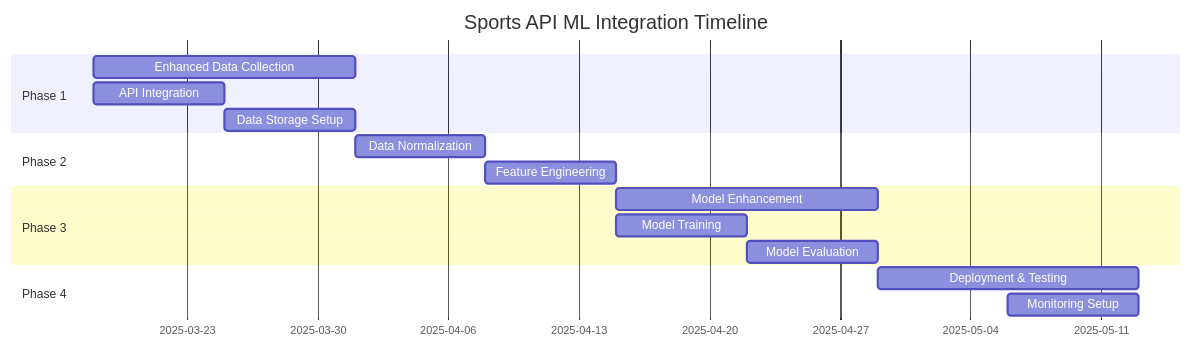
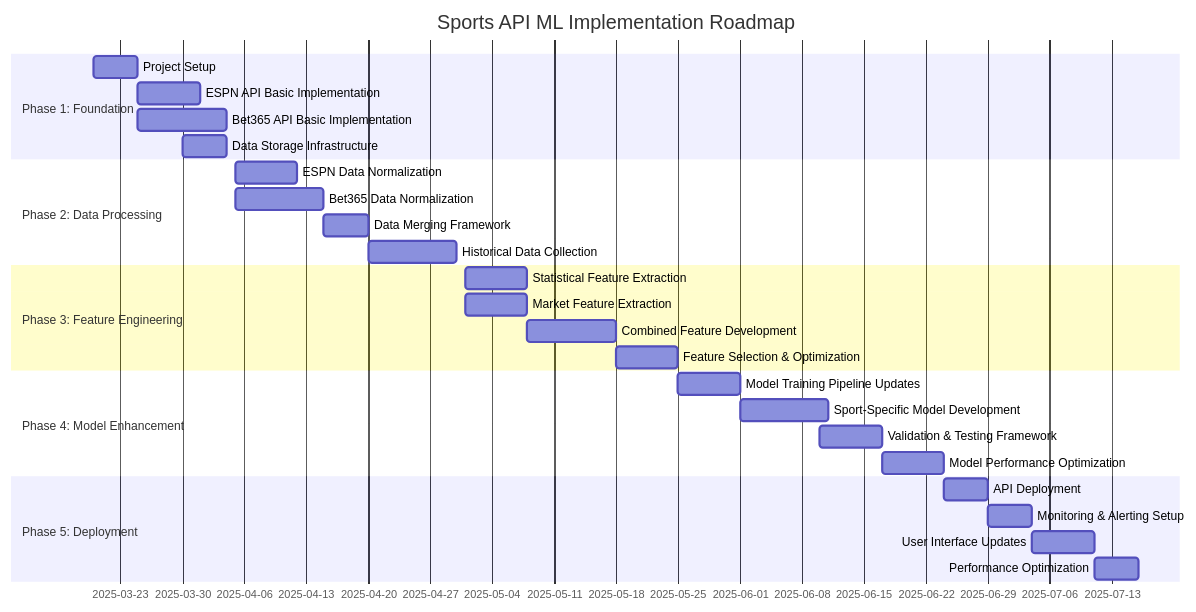
One commit to Rosewood1985/ai-sports-edge changed the first of 2 diagrams in docs/sports-api-ml-implementation-roadmap.md. Above: the diagram before and after it, drawn with Mermaid. The commit also changed other lines of this file and 15 other files, not shown here.

Commit message:
Add comprehensive documentation and update scripts for ESPN API and Bet365 API integration

````diff
--- a/docs/sports-api-ml-implementation-roadmap.md
+++ b/docs/sports-api-ml-implementation-roadmap.md
@@ -9,19 +9,30 @@
 ```mermaid
 gantt
-    title Sports API ML Integration Timeline
+    title Sports API ML Implementation Roadmap
     dateFormat  YYYY-MM-DD
-    section Phase 1
-    Enhanced Data Collection           :2025-03-18, 14d
-    API Integration                    :2025-03-18, 7d
-    Data Storage Setup                 :2025-03-25, 7d
-    section Phase 2
-    Data Normalization                 :2025-04-01, 7d
-    Feature Engineering                :2025-04-08, 7d
-    section Phase 3
-    Model Enhancement                  :2025-04-15, 14d
-    Model Training                     :2025-04-15, 7d
-    Model Evaluation                   :2025-04-22, 7d
-    section Phase 4
-    Deployment & Testing               :2025-04-29, 14d
-    Monitoring Setup                   :2025-05-06, 7d
+    section Phase 1: Foundation
+    Project Setup                      :2025-03-20, 5d
+    ESPN API Basic Implementation      :2025-03-25, 7d
+    Bet365 API Basic Implementation    :2025-03-25, 10d
+    Data Storage Infrastructure        :2025-03-30, 5d
+    section Phase 2: Data Processing
+    ESPN Data Normalization            :2025-04-05, 7d
+    Bet365 Data Normalization          :2025-04-05, 10d
+    Data Merging Framework             :2025-04-15, 5d
+    Historical Data Collection         :2025-04-20, 10d
+    section Phase 3: Feature Engineering
+    Statistical Feature Extraction     :2025-05-01, 7d
+    Market Feature Extraction          :2025-05-01, 7d
+    Combined Feature Development       :2025-05-08, 10d
+    Feature Selection & Optimization   :2025-05-18, 7d
+    section Phase 4: Model Enhancement
+    Model Training Pipeline Updates    :2025-05-25, 7d
+    Sport-Specific Model Development   :2025-06-01, 10d
+    Validation & Testing Framework     :2025-06-10, 7d
+    Model Performance Optimization     :2025-06-17, 7d
+    section Phase 5: Deployment
+    API Deployment                     :2025-06-24, 5d
+    Monitoring & Alerting Setup        :2025-06-29, 5d
+    User Interface Updates             :2025-07-04, 7d
+    Performance Optimization           :2025-07-11, 5d
 ```
````
